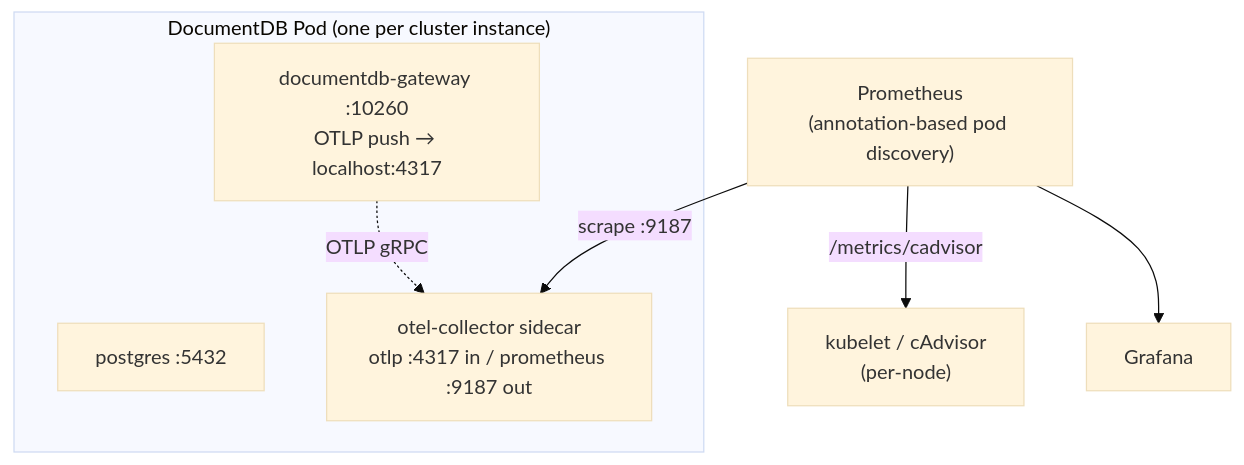
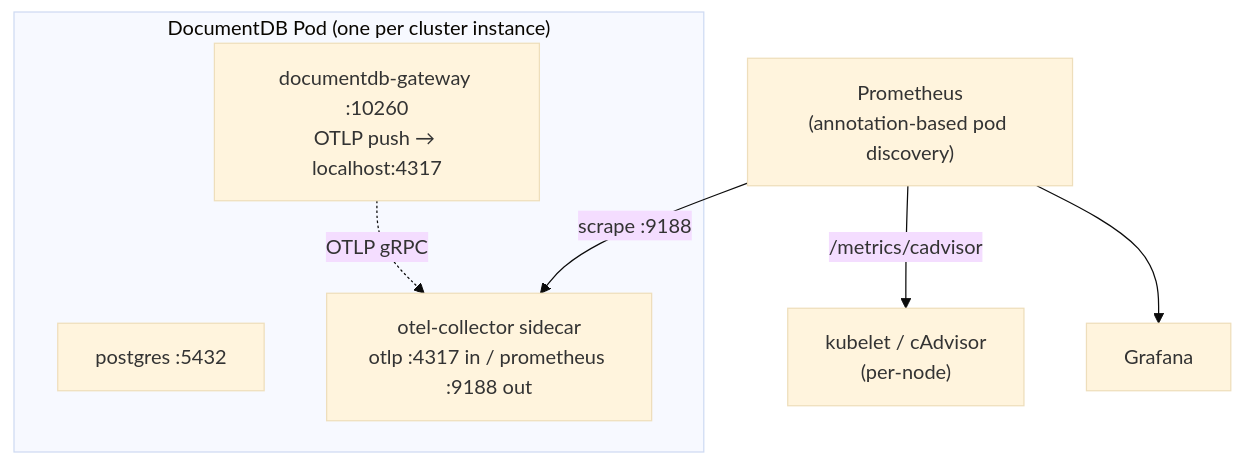
Before and after one commit to documentdb/documentdb-kubernetes-operator: the diagram in docs/operator-public-documentation/preview/monitoring/overview.md, drawn with Mermaid (base theme). The commit also changed other lines of this file and 1 other file, not shown here.

Commit message:
fix(monitoring): correct sidecar port to 9188 in docs; replace broken ContainerHighMemory alert
- overview.md said the playground uses 9187 in 4 places, but the
  playground actually uses 9188 (the cluster.yaml comment explains the
  9187 port belongs to CNPG's instance manager). Users copy-pasting
  the docs example would have hit a port collision.
- ContainerHighMemory alert depended on kube_pod_container_resource_limits_memory_bytes
  (kube-state-metrics) which the playground does not deploy, so the
  'or' fallback caused the alert to fire on any non-zero memory.
  Replaced with a plain 1Gi absolute-threshold alert (warning, 5m for).

````diff
--- a/docs/operator-public-documentation/preview/monitoring/overview.md
+++ b/docs/operator-public-documentation/preview/monitoring/overview.md
@@ -26,17 +26,17 @@
 ```mermaid
 graph TB
     subgraph pod["DocumentDB Pod (one per cluster instance)"]
         pg["postgres :5432"]
         gw["documentdb-gateway :10260<br/>OTLP push → localhost:4317"]
-        otel["otel-collector sidecar<br/>otlp :4317 in / prometheus :9187 out"]
+        otel["otel-collector sidecar<br/>otlp :4317 in / prometheus :9188 out"]
         gw -. OTLP gRPC .-> otel
     end
 
     prom["Prometheus<br/>(annotation-based pod discovery)"]
     cadv["kubelet / cAdvisor<br/>(per-node)"]
     grafana["Grafana"]
 
-    prom -- "scrape :9187" --> otel
+    prom -- "scrape :9188" --> otel
     prom -- "/metrics/cadvisor" --> cadv
     prom --> grafana
 ```
````
